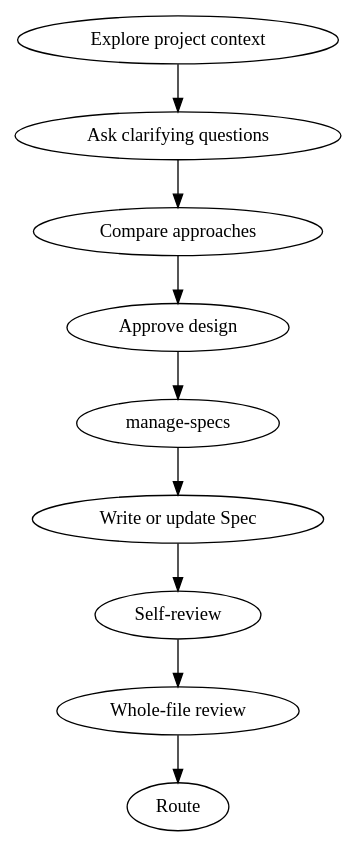
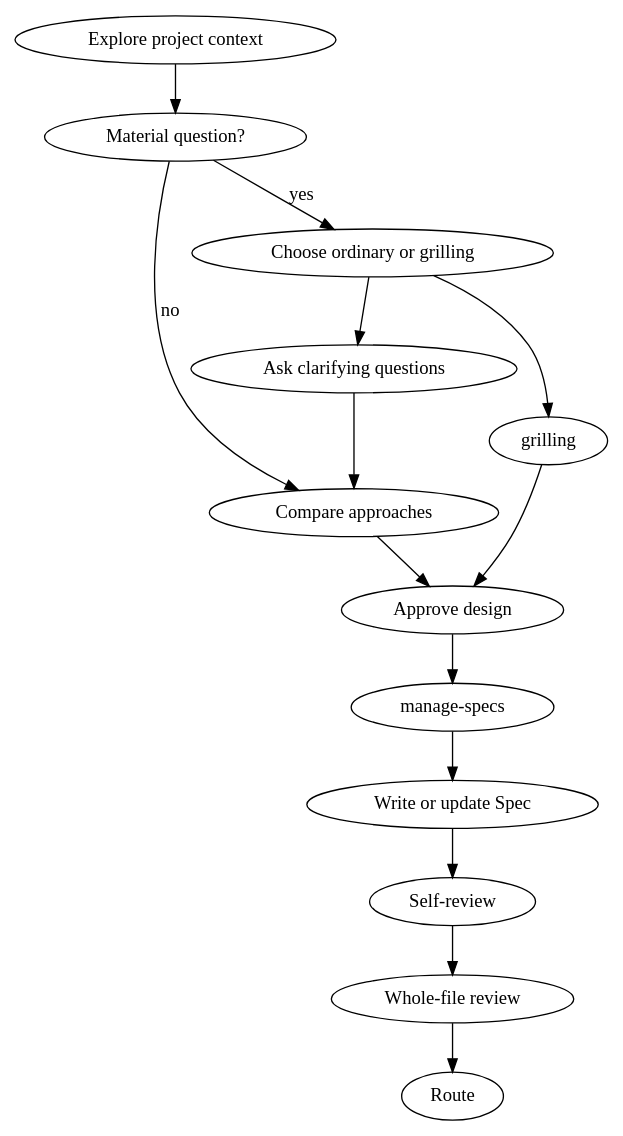
Before and after one commit to Tx1207/hello-scholar: the diagram in skills/brainstorming/SKILL.md, drawn with Graphviz. The commit also changed other lines of this file and 5 other files, not shown here.

````diff
--- a/skills/brainstorming/SKILL.md
+++ b/skills/brainstorming/SKILL.md
@@ -34,12 +36,17 @@
 ```dot
 digraph brainstorming {
-    "Explore project context" -> "Ask clarifying questions";
+    "Explore project context" -> "Material question?";
+    "Material question?" -> "Compare approaches" [label="no"];
+    "Material question?" -> "Choose ordinary or grilling" [label="yes"];
+    "Choose ordinary or grilling" -> "Ask clarifying questions";
     "Ask clarifying questions" -> "Compare approaches";
+    "Choose ordinary or grilling" -> "grilling";
     "Compare approaches" -> "Approve design";
+    "grilling" -> "Approve design";
     "Approve design" -> "manage-specs";
     "manage-specs" -> "Write or update Spec";
     "Write or update Spec" -> "Self-review";
     "Self-review" -> "Whole-file review";
     "Whole-file review" -> "Route";
 }
 ```
````
